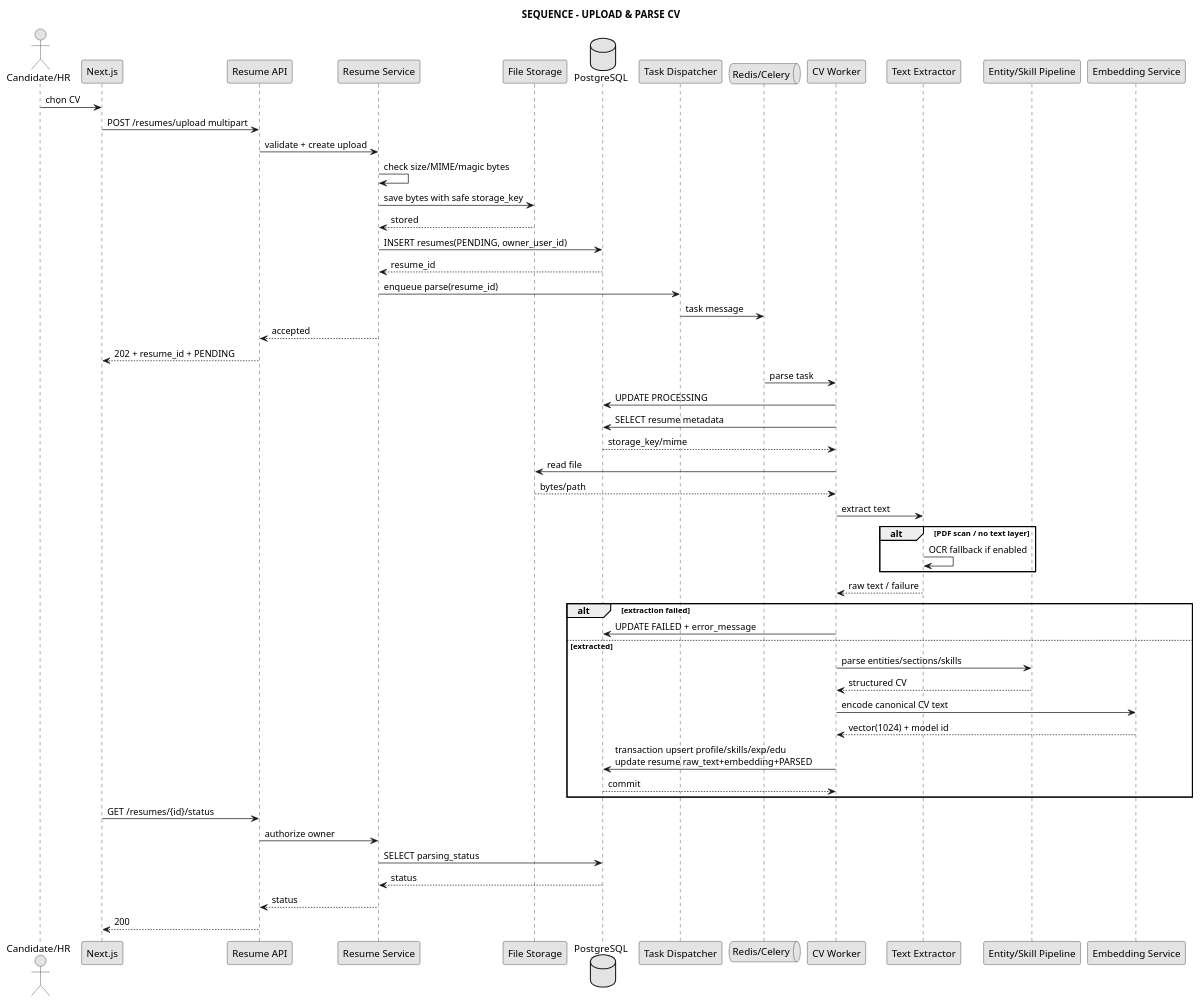
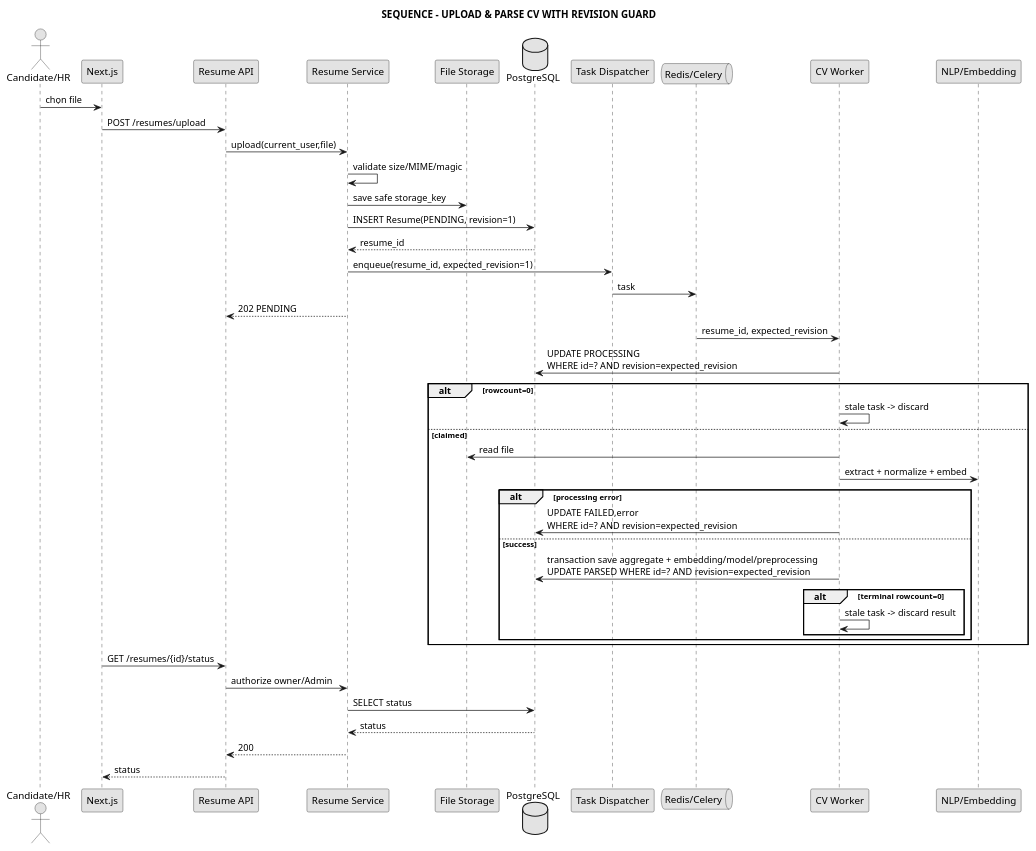
One commit to anh632k-ui/WebCVUngVienTuyenDung changed the diagram in docs/04_sequence/seq_upload_parse_cv.puml. Above: the diagram before and after it, drawn with PlantUML.

Commit message:
docs(sequence): guard CV parse by revision

```diff
--- a/docs/04_sequence/seq_upload_parse_cv.puml
+++ b/docs/04_sequence/seq_upload_parse_cv.puml
@@ -1,62 +1,51 @@
 @startuml
 skinparam monochrome true
 skinparam shadowing false
-
-title SEQUENCE - UPLOAD & PARSE CV
+title SEQUENCE - UPLOAD & PARSE CV WITH REVISION GUARD
 
 actor "Candidate/HR" as User
 participant "Next.js" as FE
 participant "Resume API" as API
 participant "Resume Service" as Service
 participant "File Storage" as Storage
 database "PostgreSQL" as DB
 participant "Task Dispatcher" as Dispatcher
 queue "Redis/Celery" as Queue
 participant "CV Worker" as Worker
-participant "Text Extractor" as Extractor
-participant "Entity/Skill Pipeline" as NLP
-participant "Embedding Service" as Embedding
+participant "NLP/Embedding" as NLP
 
-User -> FE : chọn CV
-FE -> API : POST /resumes/upload multipart
-API -> Service : validate + create upload
-Service -> Service : check size/MIME/magic bytes
-Service -> Storage : save bytes with safe storage_key
-Storage --> Service : stored
-Service -> DB : INSERT resumes(PENDING, owner_user_id)
+User -> FE : chọn file
+FE -> API : POST /resumes/upload
+API -> Service : upload(current_user,file)
+Service -> Service : validate size/MIME/magic
+Service -> Storage : save safe storage_key
+Service -> DB : INSERT Resume(PENDING, revision=1)
 DB --> Service : resume_id
-Service -> Dispatcher : enqueue parse(resume_id)
-Dispatcher -> Queue : task message
-Service --> API : accepted
-API --> FE : 202 + resume_id + PENDING
+Service -> Dispatcher : enqueue(resume_id, expected_revision=1)
+Dispatcher -> Queue : task
+Service --> API : 202 PENDING
 
-Queue -> Worker : parse task
-Worker -> DB : UPDATE PROCESSING
-Worker -> DB : SELECT resume metadata
-DB --> Worker : storage_key/mime
-Worker -> Storage : read file
-Storage --> Worker : bytes/path
-Worker -> Extractor : extract text
-alt PDF scan / no text layer
-  Extractor -> Extractor : OCR fallback if enabled
-end
-Extractor --> Worker : raw text / failure
-alt extraction failed
-  Worker -> DB : UPDATE FAILED + error_message
-else extracted
-  Worker -> NLP : parse entities/sections/skills
-  NLP --> Worker : structured CV
-  Worker -> Embedding : encode canonical CV text
-  Embedding --> Worker : vector(1024) + model id
-  Worker -> DB : transaction upsert profile/skills/exp/edu\nupdate resume raw_text+embedding+PARSED
-  DB --> Worker : commit
+Queue -> Worker : resume_id, expected_revision
+Worker -> DB : UPDATE PROCESSING\nWHERE id=? AND revision=expected_revision
+alt rowcount=0
+  Worker -> Worker : stale task -> discard
+else claimed
+  Worker -> Storage : read file
+  Worker -> NLP : extract + normalize + embed
+  alt processing error
+    Worker -> DB : UPDATE FAILED,error\nWHERE id=? AND revision=expected_revision
+  else success
+    Worker -> DB : transaction save aggregate + embedding/model/preprocessing\nUPDATE PARSED WHERE id=? AND revision=expected_revision
+    alt terminal rowcount=0
+      Worker -> Worker : stale task -> discard result
+    end
+  end
 end
 
 FE -> API : GET /resumes/{id}/status
-API -> Service : authorize owner
-Service -> DB : SELECT parsing_status
+API -> Service : authorize owner/Admin
+Service -> DB : SELECT status
 DB --> Service : status
-Service --> API : status
-API --> FE : 200
-
+Service --> API : 200
+API --> FE : status
 @enduml
```
